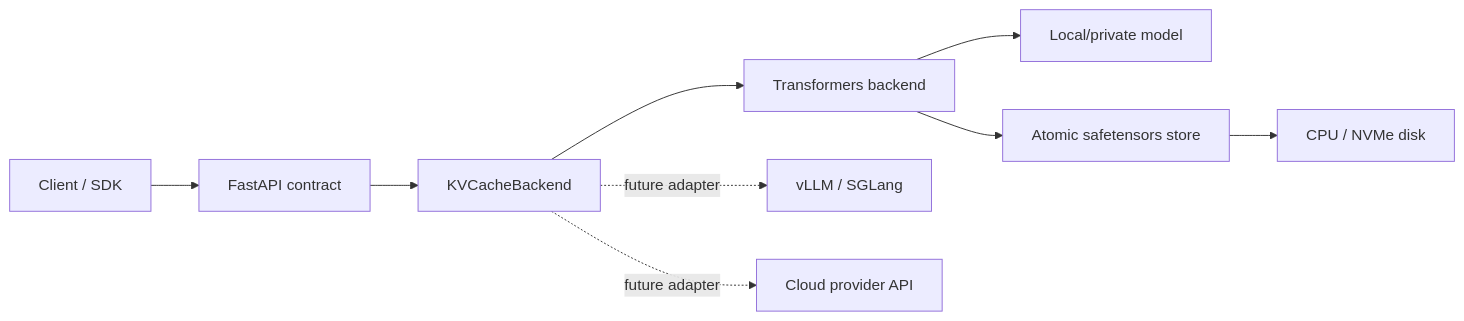
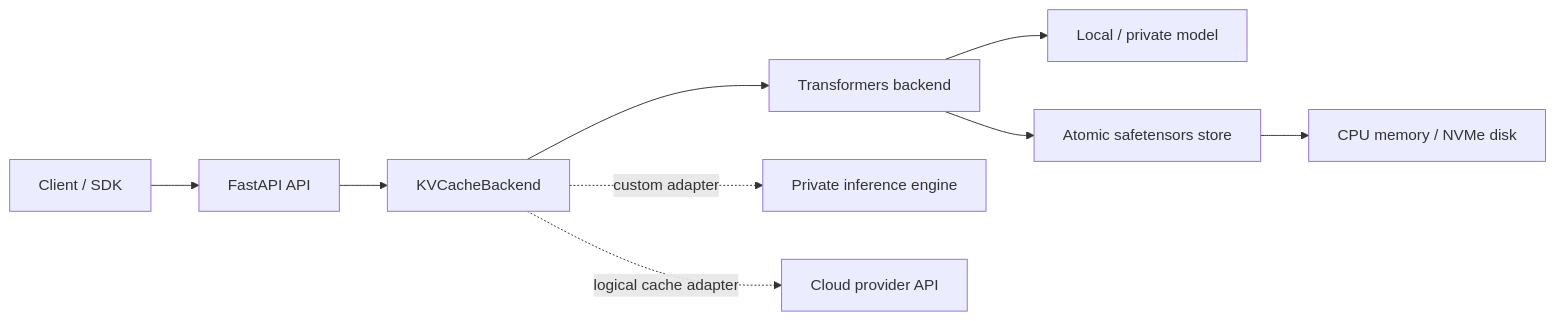
Before and after one commit to Nanamiqa/kvcache-service: the diagram in README.md, drawn with Mermaid. The commit also changed other lines of this file, not shown here.

````diff
--- a/README.md
+++ b/README.md
@@ -38,11 +104,11 @@
 ```mermaid
 flowchart LR
-    C["Client / SDK"] --> A["FastAPI contract"]
+    C["Client / SDK"] --> A["FastAPI API"]
     A --> B["KVCacheBackend"]
     B --> T["Transformers backend"]
-    B -. "future adapter" .-> V["vLLM / SGLang"]
-    B -. "future adapter" .-> P["Cloud provider API"]
-    T --> M["Local/private model"]
+    B -. "custom adapter" .-> V["Private inference engine"]
+    B -. "logical cache adapter" .-> P["Cloud provider API"]
+    T --> M["Local / private model"]
     T --> S["Atomic safetensors store"]
-    S --> D["CPU / NVMe disk"]
+    S --> D["CPU memory / NVMe disk"]
 ```
````
